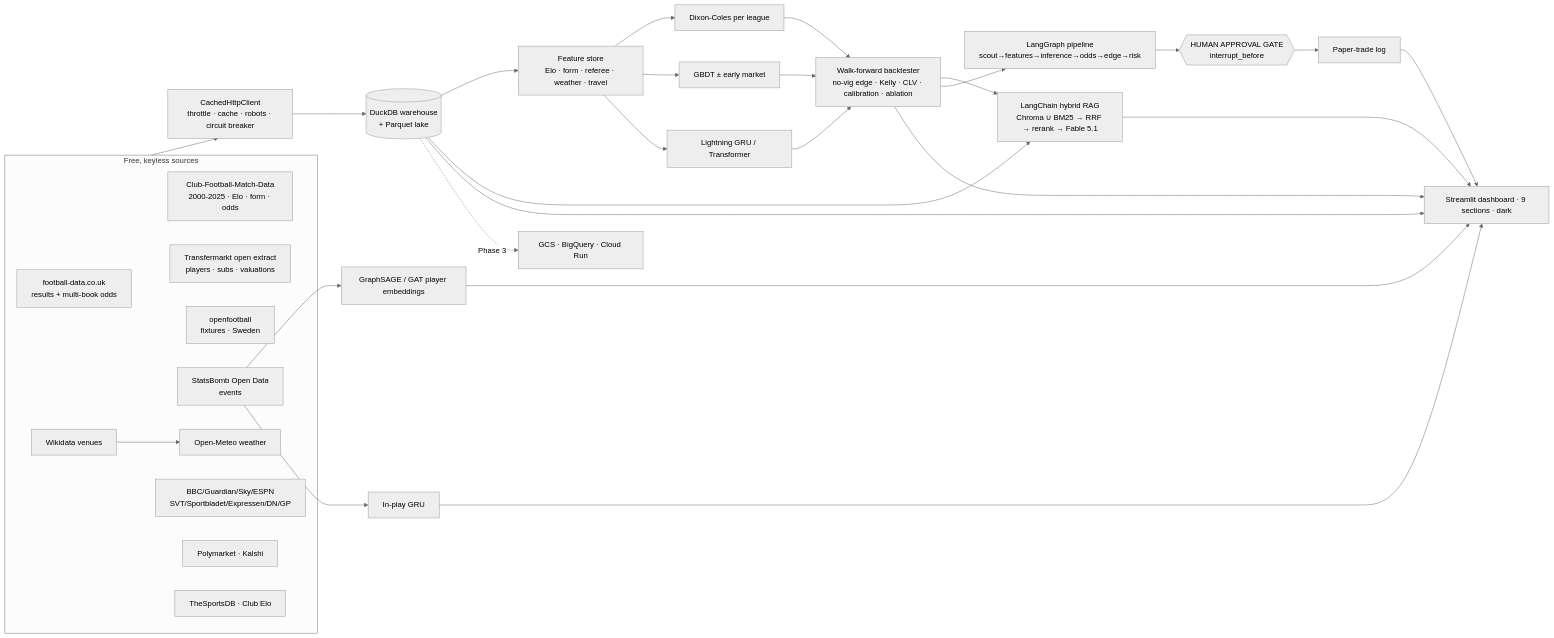
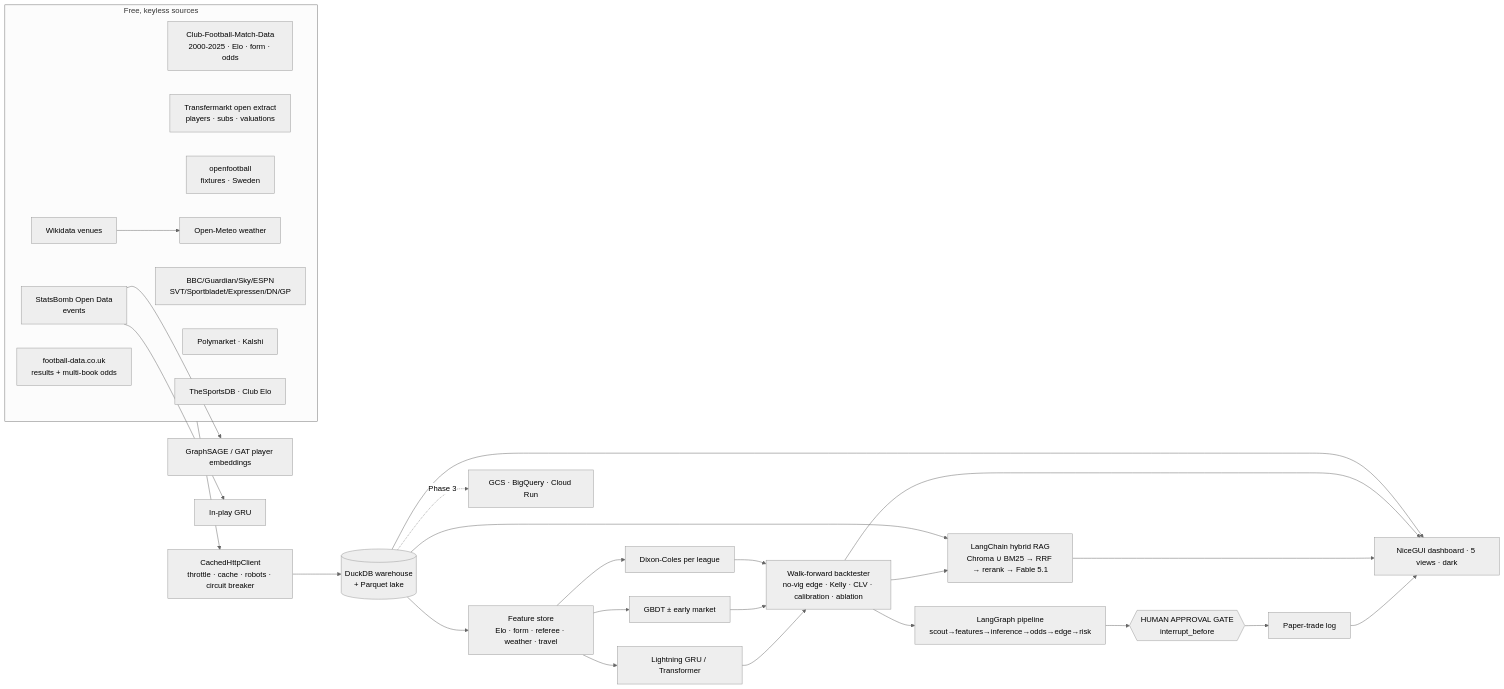
The diagram in README.md (hampustalhandske/pitch-edge), drawn with Mermaid (neutral theme) before and after one commit. The commit also changed other lines of this file and 61 other files, not shown here.

````diff
--- a/README.md
+++ b/README.md
@@ -101,29 +102,29 @@
 ```mermaid
 flowchart LR
   subgraph Sources["Free, keyless sources"]
     FD[football-data.co.uk<br/>results + multi-book odds]
     CF[Club-Football-Match-Data<br/>2000-2025 · Elo · form · odds]
     TM[Transfermarkt open extract<br/>players · subs · valuations]
     OF[openfootball<br/>fixtures · Sweden]
     SB[StatsBomb Open Data<br/>events]
     WD[Wikidata venues] --> OM[Open-Meteo weather]
     RSS[BBC/Guardian/Sky/ESPN<br/>SVT/Sportbladet/Expressen/DN/GP]
     PM[Polymarket · Kalshi]
     TS[TheSportsDB · Club Elo]
   end
   Sources --> HTTP[CachedHttpClient<br/>throttle · cache · robots · circuit breaker]
   HTTP --> WH[(DuckDB warehouse<br/>+ Parquet lake)]
   WH --> FS[Feature store<br/>Elo · form · referee · weather · travel]
   FS --> M1[Dixon-Coles per league]
   FS --> M2[GBDT ± early market]
   FS --> M3[Lightning GRU / Transformer]
   SB --> GNN[GraphSAGE / GAT player embeddings]
   SB --> IP[In-play GRU]
   M1 & M2 & M3 --> BT[Walk-forward backtester<br/>no-vig edge · Kelly · CLV · calibration · ablation]
   WH & BT --> RAG[LangChain hybrid RAG<br/>Chroma ∪ BM25 → RRF → rerank → Fable 5.1]
   BT --> LG[LangGraph pipeline<br/>scout→features→inference→odds→edge→risk]
   LG --> GATE{{HUMAN APPROVAL GATE<br/>interrupt_before}}
   GATE --> PT[Paper-trade log]
-  WH & BT & RAG & GNN & IP & PT --> UI[Streamlit dashboard · 9 sections · dark]
+  WH & BT & RAG & PT --> UI[NiceGUI dashboard · 5 views · dark]
   WH -. Phase 3 .-> GCP[GCS · BigQuery · Cloud Run]
 ```
````
